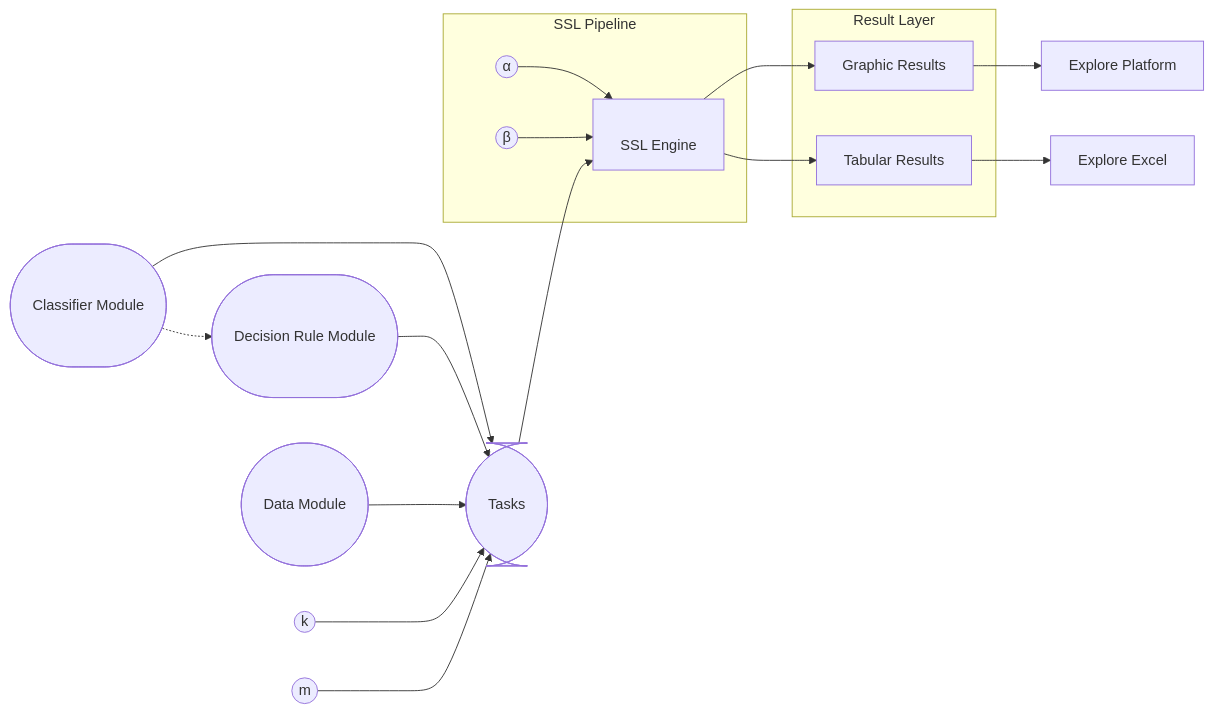
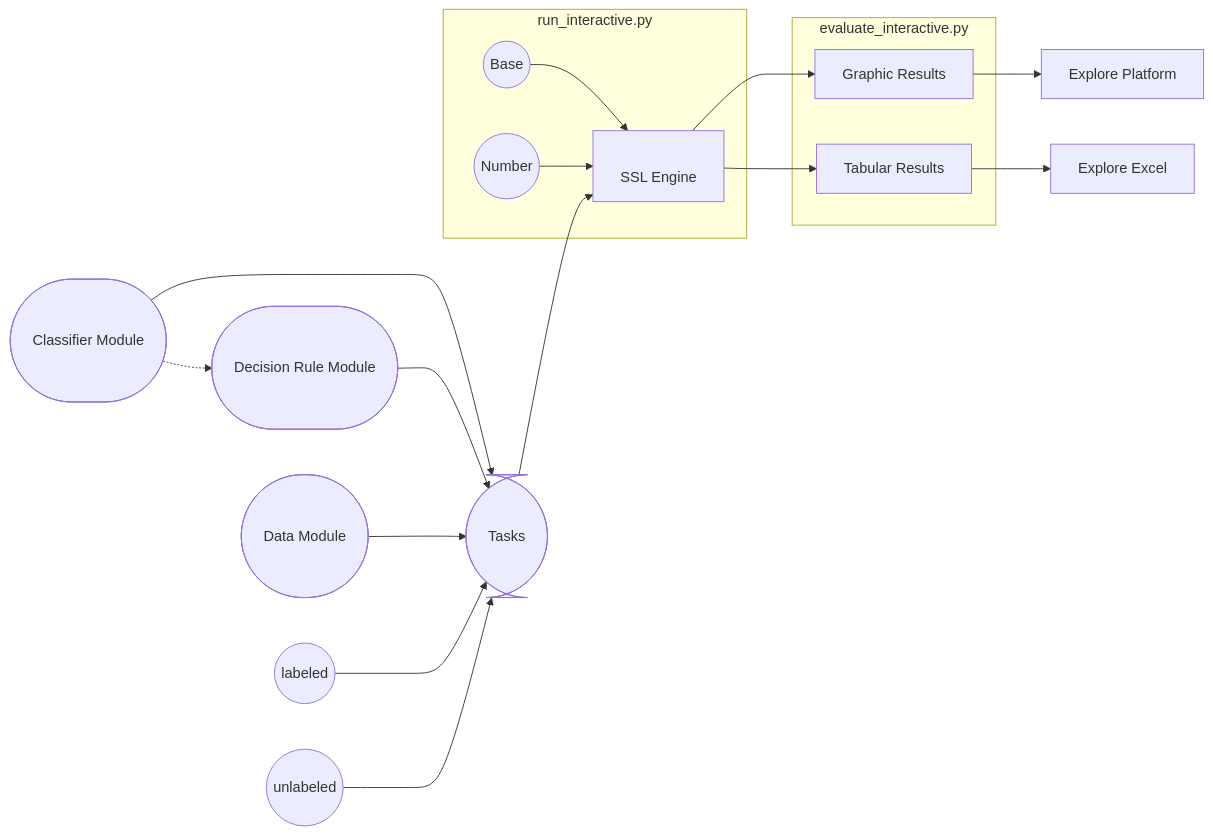
One commit to Stefan-Maximilian-Dietrich/TabPFN_SSL changed the diagram in README.md. Above: the diagram before and after it, drawn with Mermaid.

````diff
--- a/README.md
+++ b/README.md
@@ -507,66 +507,66 @@
 ```mermaid
 flowchart LR
 
 %% =====================================
 %% CORE MODULES (large & rounded)
 %% =====================================
 
 CL(["<br/><br/>Classifier Module<br/><br/><br/>"])
 DR(["<br/><br/>Decision Rule Module<br/><br/><br/>"])
 DATA(["<br/><br/>Data Module<br/><br/><br/>"])
 T(["<br/><br/>Tasks<br/><br/><br/>"])
 
 CL -.-> DR
 
 CL --> T
 DR --> T
 DATA --> T
 
 
 %% =====================================
 %% TASK PARAMETERS
 %% =====================================
 
-TK1((k))
-TK2((m))
+TK1((labeled))
+TK2((unlabeled))
 
 TK1 --> T
 TK2 --> T
 
 
 %% =====================================
 %% SSL BLOCK
 %% =====================================
 
-subgraph SSL Pipeline
+subgraph run_interactive.py
     SSL["<br/>SSL Engine<br/>"]
-    S1((α))
-    S2((β))
+    S1((Base))
+    S2((Number))
 
     S1 --> SSL
     S2 --> SSL
 end
 
 T --> SSL
 
 
 %% =====================================
 %% RESULTS BLOCK
 %% =====================================
 
-subgraph Result Layer
+subgraph evaluate_interactive.py
     G[Graphic Results]
     TAB[Tabular Results]
 end
 
 SSL --> G
 SSL --> TAB
 
 
 %% =====================================
 %% EXPORT
 %% =====================================
 
 G --> EP[Explore Platform]
 TAB --> EX[Explore Excel]
 ```
````
